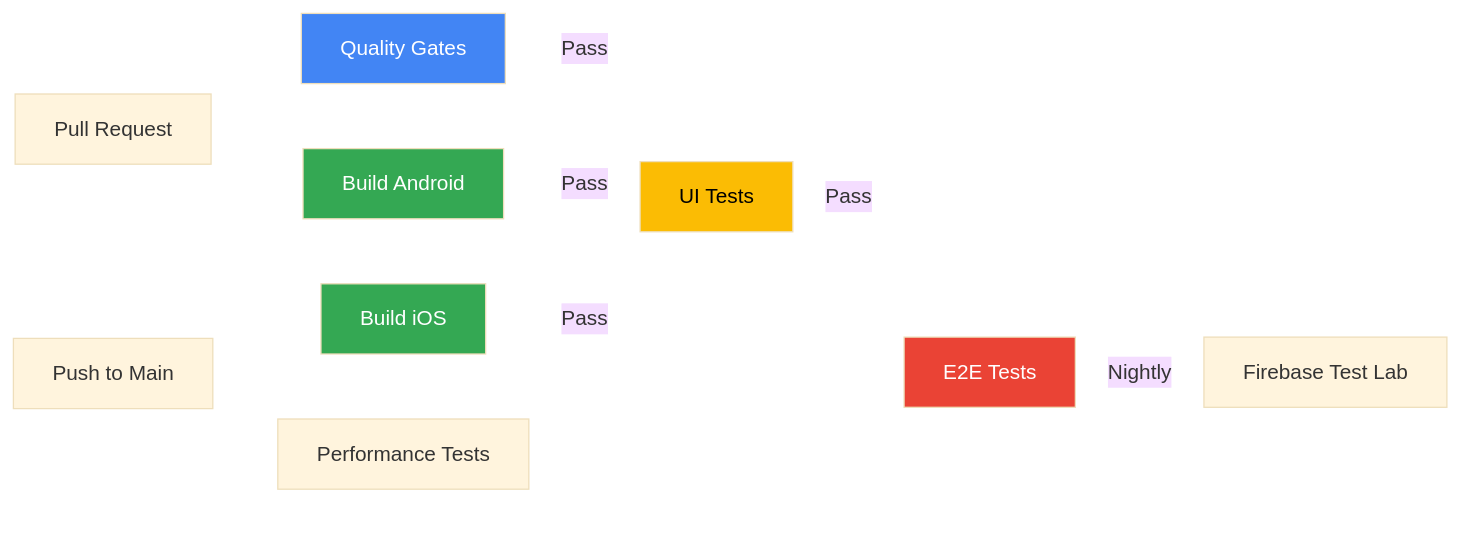
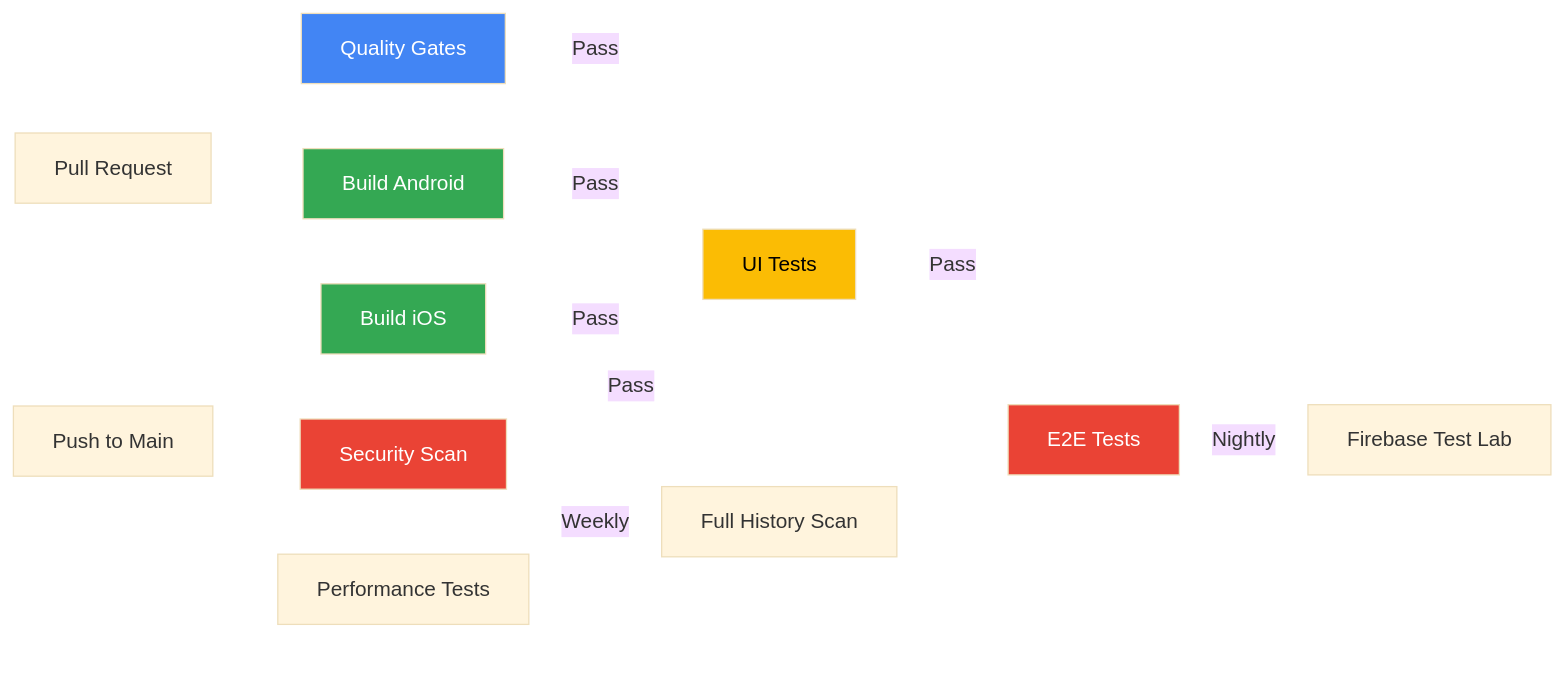
The diagram in docs/ci-cd.md (drwave-www/WorldWideWaves), drawn with Mermaid before and after one commit. The commit also changed other lines of this file and 2 other files, not shown here.

First line of the commit message:
docs: update CI/CD documentation with security scanning workflow

````diff
--- a/docs/ci-cd.md
+++ b/docs/ci-cd.md
@@ -7,27 +7,32 @@
 ```mermaid
 %%{init: {'theme':'base', 'themeVariables': { 'background':'transparent'}}}%%
 graph LR
     PR[Pull Request] --> QG[Quality Gates]
     PR --> BA[Build Android]
     PR --> BI[Build iOS]
+    PR --> SEC[Security Scan]
 
     QG --> |Pass| UT[UI Tests]
     BA --> |Pass| UT
     BI --> |Pass| UT
+    SEC --> |Pass| UT
 
     UT --> |Pass| E2E[E2E Tests]
 
     MAIN[Push to Main] --> QG
     MAIN --> BA
     MAIN --> BI
+    MAIN --> SEC
     MAIN --> E2E
     MAIN --> PERF[Performance Tests]
 
     E2E --> |Nightly| FTL[Firebase Test Lab]
+    SEC --> |Weekly| SCAN[Full History Scan]
 
     style QG fill:#4285f4,color:#fff
     style BA fill:#34a853,color:#fff
     style BI fill:#34a853,color:#fff
+    style SEC fill:#ea4335,color:#fff
     style UT fill:#fbbc04,color:#000
     style E2E fill:#ea4335,color:#fff
 ```
````
